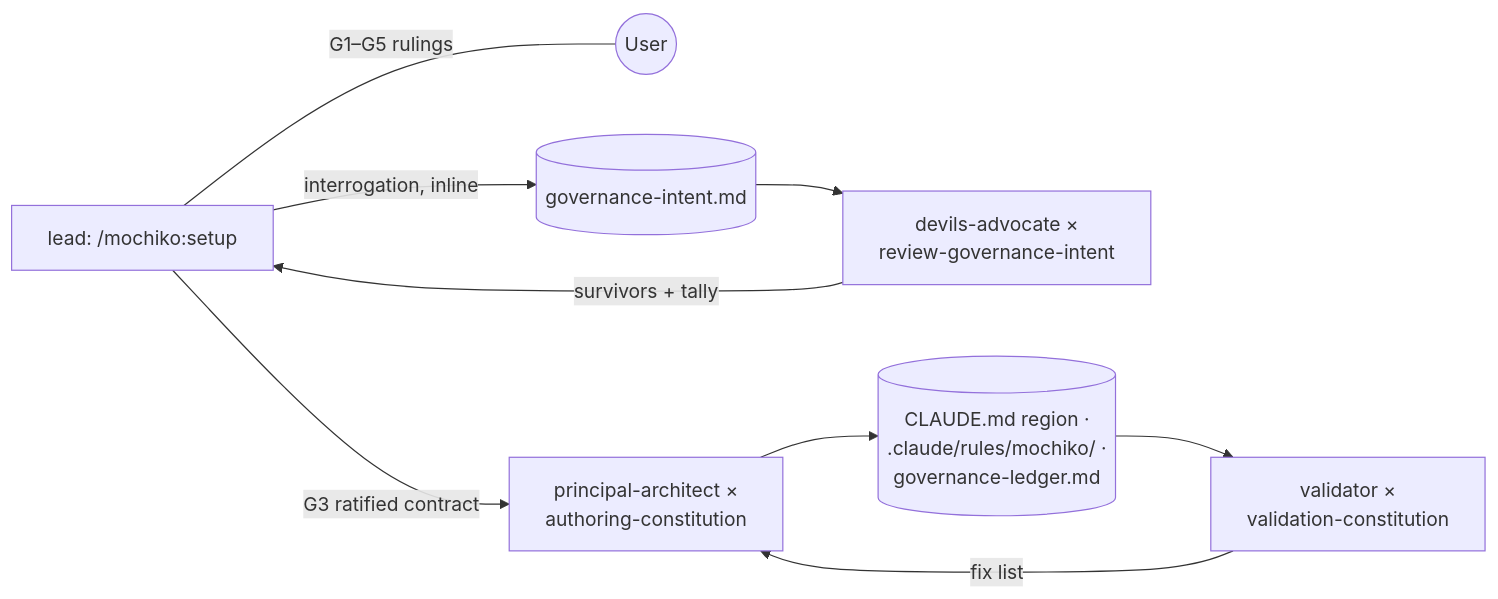
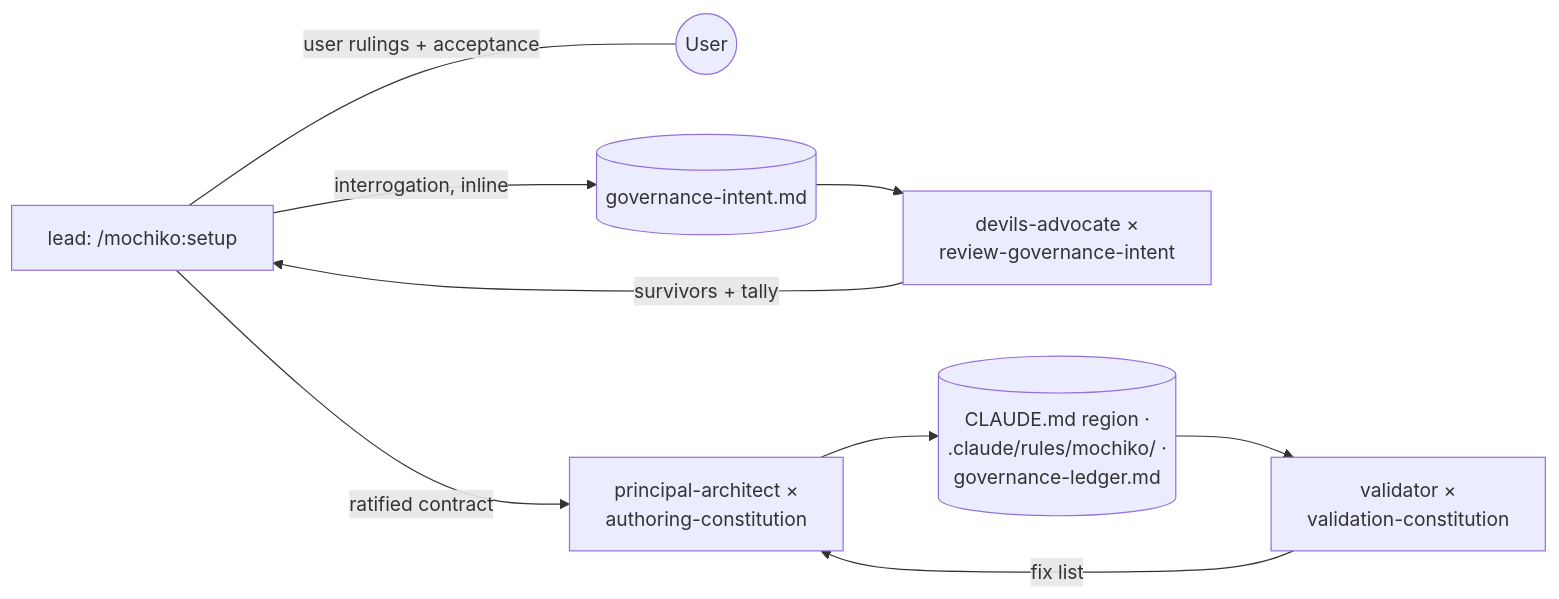
The third of 8 diagrams in ARCHITECTURE.md (humaninloop-dev/mochiko), drawn with Mermaid before and after one commit. The commit also changed other lines of this file and 25 other files, not shown here.

````diff
--- a/ARCHITECTURE.md
+++ b/ARCHITECTURE.md
@@ -110,13 +111,13 @@
 ```mermaid
 flowchart LR
   lead["lead: /mochiko:setup"]
   user(("User"))
   reviewers["devils-advocate ×<br/>review-governance-intent"]
   producer["principal-architect ×<br/>authoring-constitution"]
   validator["validator ×<br/>validation-constitution"]
   lead -->|"interrogation, inline"| synthesis[("governance-intent.md")]
   synthesis --> reviewers -->|"survivors + tally"| lead
-  lead -->|"G3 ratified contract"| producer --> surfaces[("CLAUDE.md region ·<br/>.claude/rules/mochiko/ ·<br/>governance-ledger.md")]
+  lead -->|"ratified contract"| producer --> surfaces[("CLAUDE.md region ·<br/>.claude/rules/mochiko/ ·<br/>governance-ledger.md")]
   surfaces --> validator -->|"fix list"| producer
-  lead ---|"G1–G5 rulings"| user
+  lead ---|"user rulings + acceptance"| user
 ```
````
